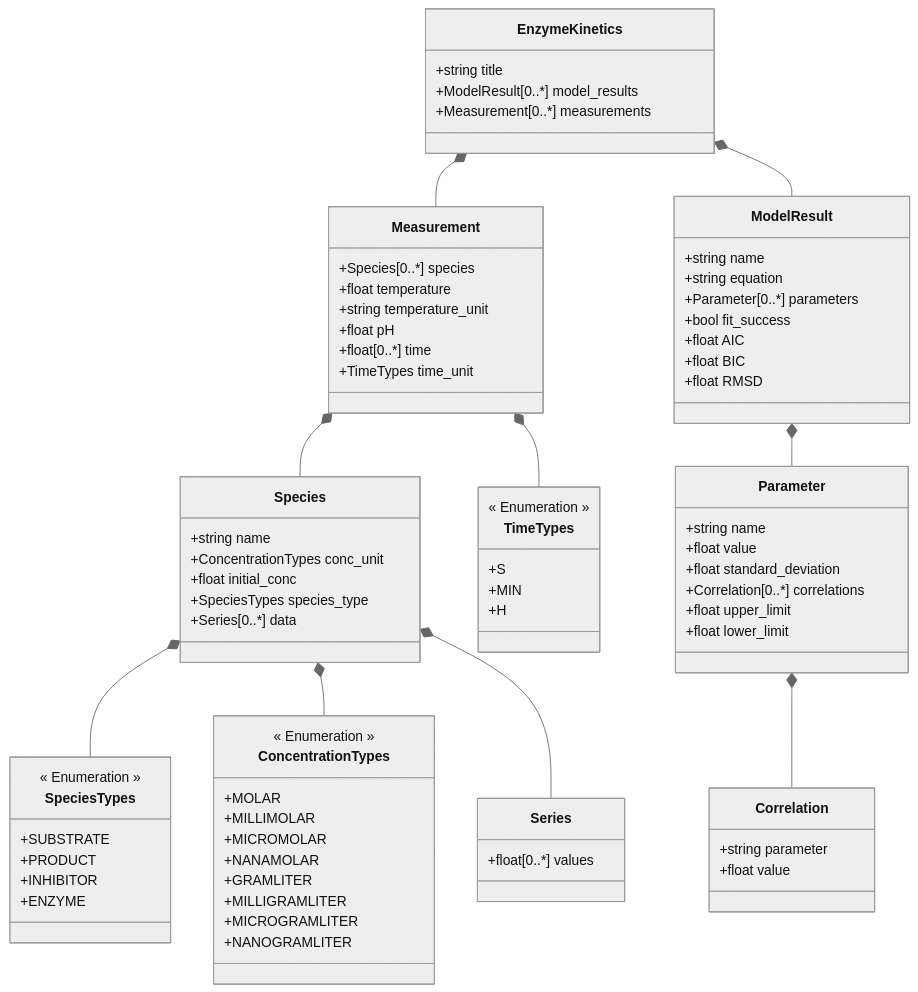
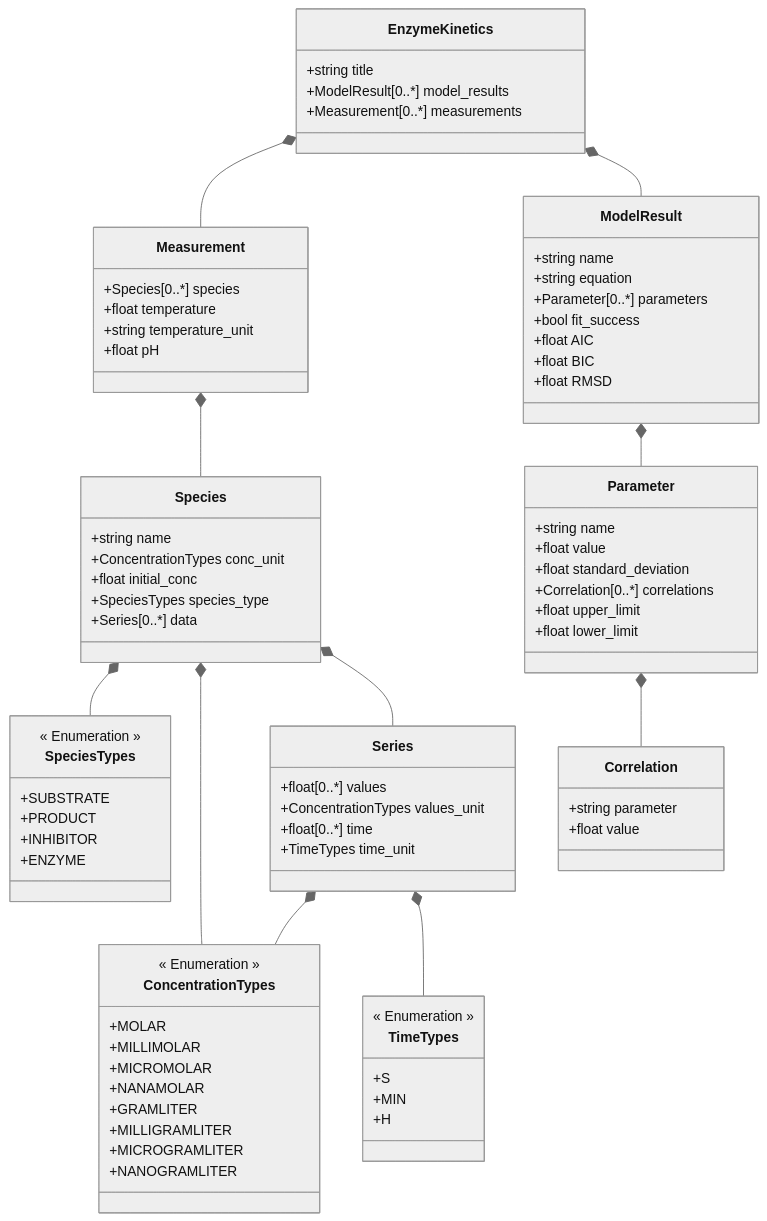
The diagram in EnzymePynetics/schemes/enzymepynetics_schema.md (FAIRChemistry/EnzymePynetics), drawn with Mermaid (neutral theme) before and after one commit. The commit also changed 8 other files, not shown here.

```diff
--- a/EnzymePynetics/schemes/enzymepynetics_schema.md
+++ b/EnzymePynetics/schemes/enzymepynetics_schema.md
@@ -5,10 +5,11 @@
     Species *-- SpeciesTypes
     Species *-- ConcentrationTypes
     Species *-- Series
-    Measurement *-- TimeTypes
     Measurement *-- Species
     ModelResult *-- Parameter
     Parameter *-- Correlation
+    Series *-- ConcentrationTypes
+    Series *-- TimeTypes
     
     class EnzymeKinetics {
         +string title
@@ -29,8 +30,6 @@
         +float temperature
         +string temperature_unit
         +float pH
-        +float[0..*] time
-        +TimeTypes time_unit
     }
     
     class ModelResult {
@@ -59,6 +58,9 @@
     
     class Series {
         +float[0..*] values
+        +ConcentrationTypes values_unit
+        +float[0..*] time
+        +TimeTypes time_unit
     }
     
     class SpeciesTypes {
```
